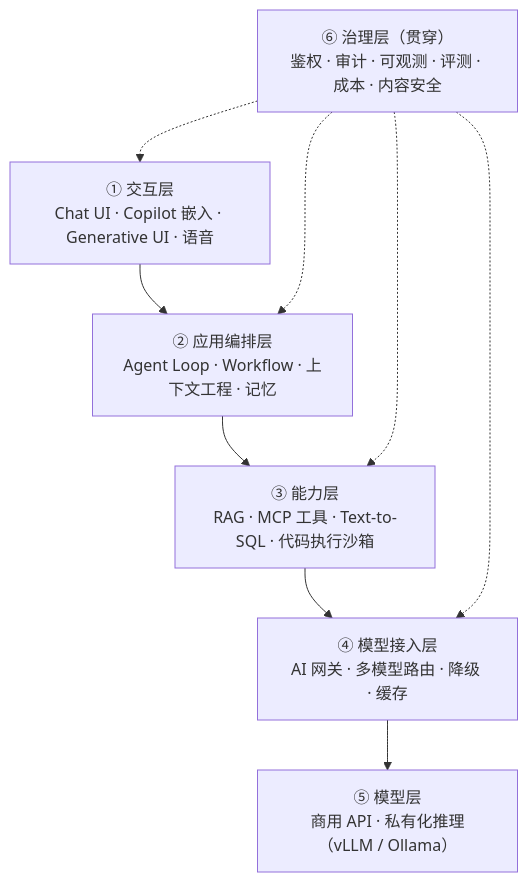
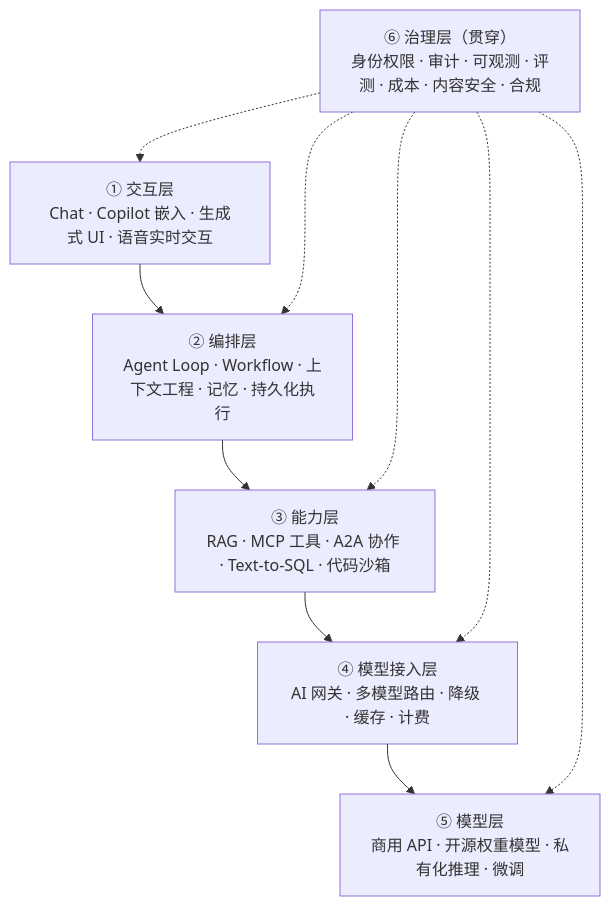
One commit to EliaukUsagi/eliauk-agent-dev-knowledge changed the first of 4 diagrams in 企业级AI应用开发实战/01-全景地图与技术选型.md. Above: the diagram before and after it, drawn with Mermaid. The commit also changed other lines of this file and 15 other files, not shown here.

````diff
--- a/企业级AI应用开发实战/01-全景地图与技术选型.md
+++ b/企业级AI应用开发实战/01-全景地图与技术选型.md
@@ -9,11 +11,11 @@
 ```mermaid
 graph TB
-    L1["① 交互层<br/>Chat UI · Copilot 嵌入 · Generative UI · 语音"]
-    L2["② 应用编排层<br/>Agent Loop · Workflow · 上下文工程 · 记忆"]
-    L3["③ 能力层<br/>RAG · MCP 工具 · Text-to-SQL · 代码执行沙箱"]
-    L4["④ 模型接入层<br/>AI 网关 · 多模型路由 · 降级 · 缓存"]
-    L5["⑤ 模型层<br/>商用 API · 私有化推理（vLLM / Ollama）"]
-    L6["⑥ 治理层（贯穿）<br/>鉴权 · 审计 · 可观测 · 评测 · 成本 · 内容安全"]
+    L1["① 交互层<br/>Chat · Copilot 嵌入 · 生成式 UI · 语音实时交互"]
+    L2["② 编排层<br/>Agent Loop · Workflow · 上下文工程 · 记忆 · 持久化执行"]
+    L3["③ 能力层<br/>RAG · MCP 工具 · A2A 协作 · Text-to-SQL · 代码沙箱"]
+    L4["④ 模型接入层<br/>AI 网关 · 多模型路由 · 降级 · 缓存 · 计费"]
+    L5["⑤ 模型层<br/>商用 API · 开源权重模型 · 私有化推理 · 微调"]
+    L6["⑥ 治理层（贯穿）<br/>身份权限 · 审计 · 可观测 · 评测 · 成本 · 内容安全 · 合规"]
     L1 --> L2 --> L3 --> L4 --> L5
-    L6 -.-> L1 & L2 & L3 & L4
+    L6 -.-> L1 & L2 & L3 & L4 & L5
 ```
````
